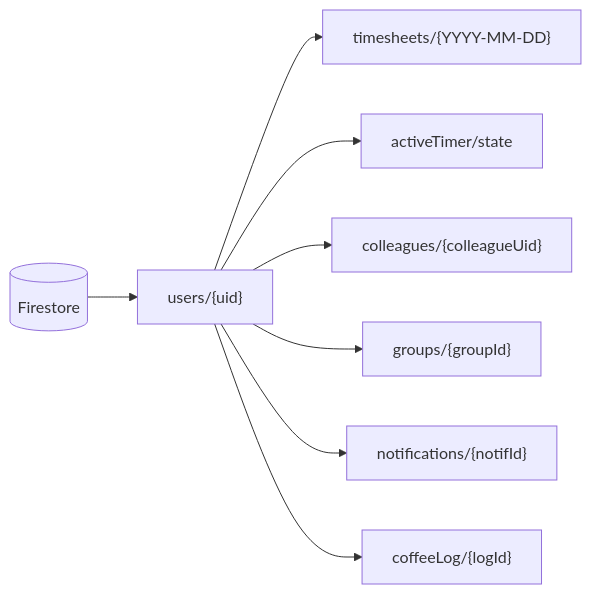
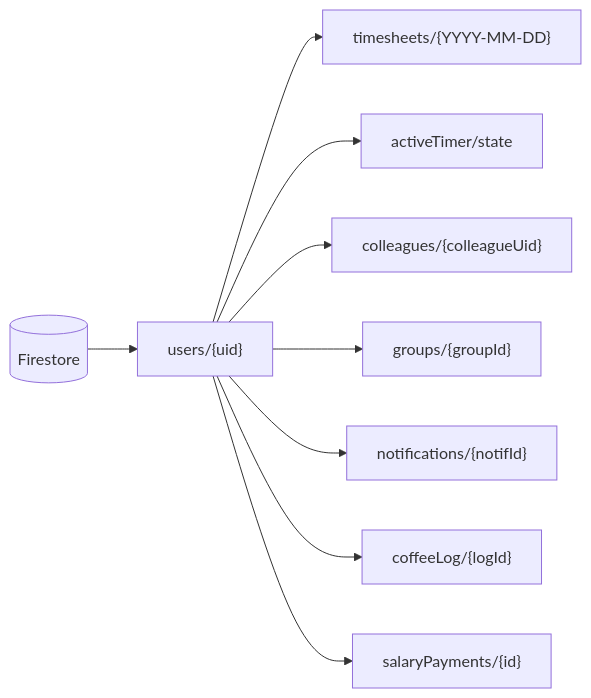
The diagram in docs/architecture/persistence.md (marcocipriani/chigio_time), drawn with Mermaid before and after one commit. The commit also changed other lines of this file and 25 other files, not shown here.

````diff
--- a/docs/architecture/persistence.md
+++ b/docs/architecture/persistence.md
@@ -21,10 +21,11 @@
 ```mermaid
 flowchart LR
     R[(Firestore)] --> U["users/{uid}"]
     U --> TS["timesheets/{YYYY-MM-DD}"]
     U --> AT["activeTimer/state"]
     U --> COL["colleagues/{colleagueUid}"]
     U --> GRP["groups/{groupId}"]
     U --> NOT["notifications/{notifId}"]
     U --> LOG["coffeeLog/{logId}"]
+    U --> SAL["salaryPayments/{id}"]
 ```
````
